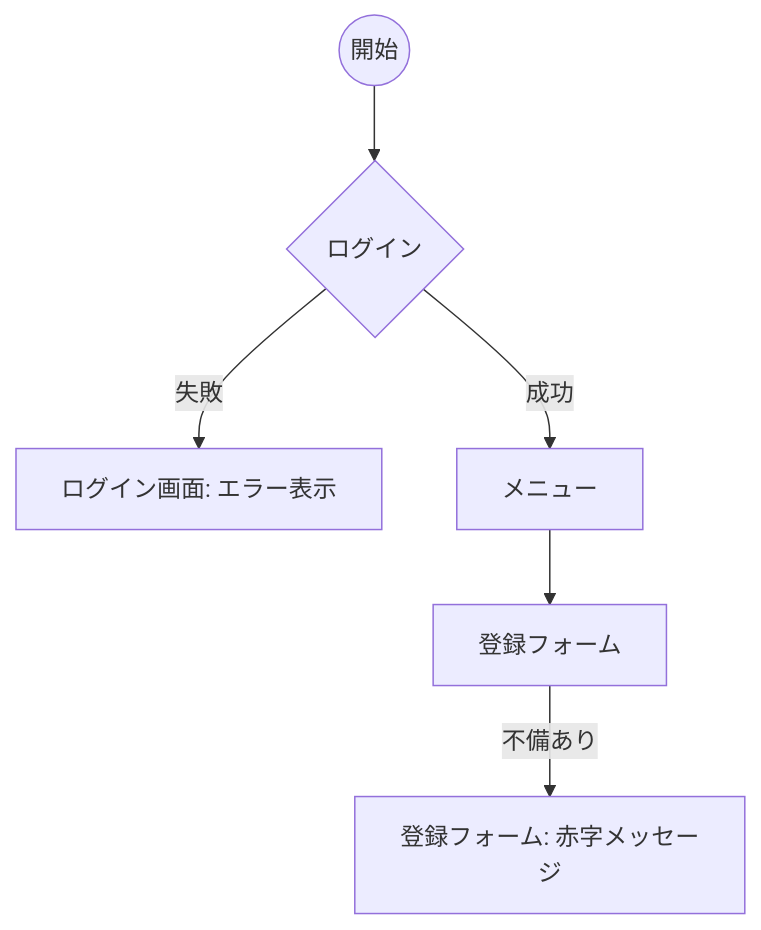
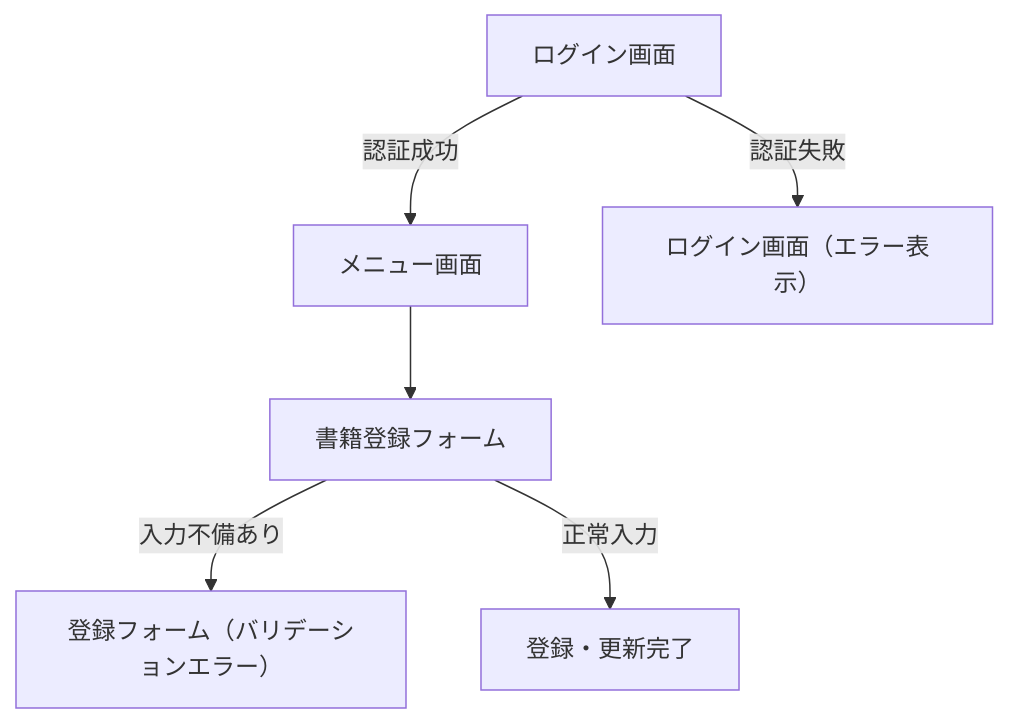
The third of 7 diagrams in docs/Comprehensive_Design_Specification.md (juyeongjung1/springboot_personal_practice), drawn with Mermaid before and after one commit. The commit also changed other lines of this file and 14 other files, not shown here.

Commit message:
全体設計書の修正：画面遷移図の正確性向上、不足スクリーンショット（各章の全画面）の追加、および用語の適正化。

````diff
--- a/docs/Comprehensive_Design_Specification.md
+++ b/docs/Comprehensive_Design_Specification.md
@@ -55,8 +74,8 @@
 ```mermaid
 graph TD
-    Start((開始)) --> Login{ログイン}
-    Login -- 失敗 --> LoginErr[ログイン画面: エラー表示]
-    Login -- 成功 --> Menu[メニュー]
-    Menu --> Form[登録フォーム]
-    Form -- 不備あり --> FormErr[登録フォーム: 赤字メッセージ]
+    Login[ログイン画面] -- 認証成功 --> Menu[メニュー画面]
+    Login -- 認証失敗 --> LoginErr[ログイン画面（エラー表示）]
+    Menu --> Form[書籍登録フォーム]
+    Form -- 入力不備あり --> FormErr[登録フォーム（バリデーションエラー）]
+    Form -- 正常入力 --> Confirm[登録・更新完了]
 ```
````
